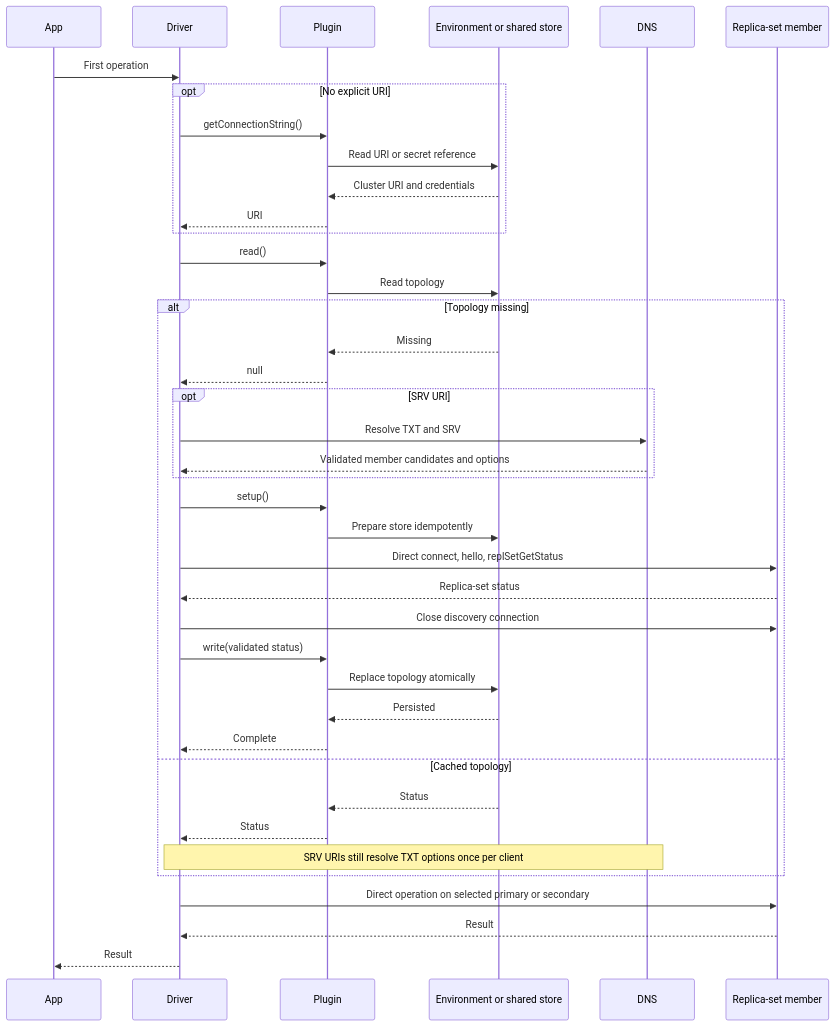
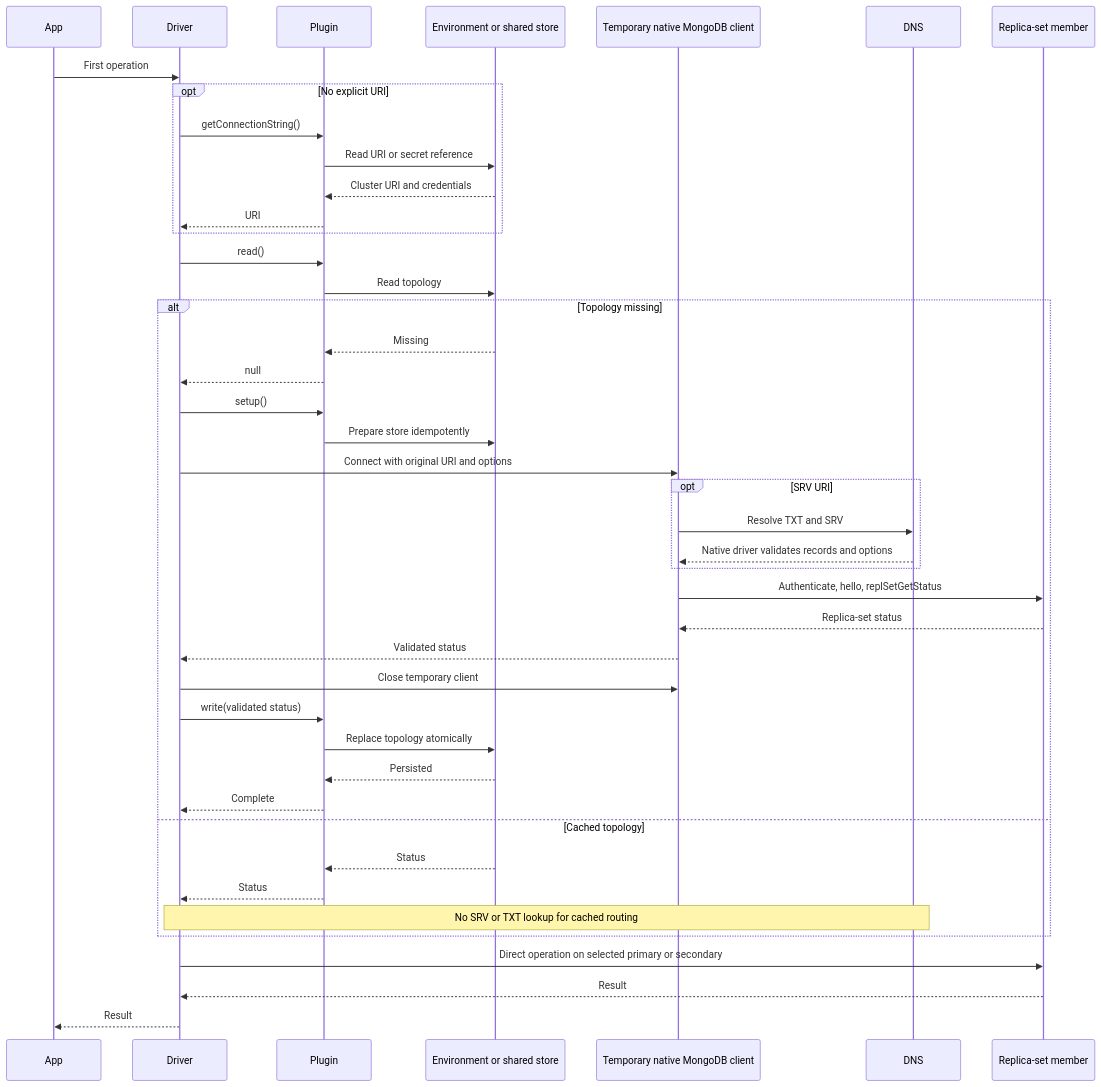
The second of 3 diagrams in docs/architecture.md (alexbevi/mongodb-serverless), drawn with Mermaid before and after one commit. The commit also changed other lines of this file and 9 other files, not shown here.

Commit message:
refactor(driver): delegate initial discovery to native client

````diff
--- a/docs/architecture.md
+++ b/docs/architecture.md
@@ -49,42 +49,45 @@
 ```mermaid
 sequenceDiagram
     participant App
     participant Driver
     participant Plugin
     participant Store as Environment or shared store
+    participant Native as Temporary native MongoDB client
     participant DNS
     participant Member as Replica-set member
     App->>Driver: First operation
     opt No explicit URI
         Driver->>Plugin: getConnectionString()
         Plugin->>Store: Read URI or secret reference
         Store-->>Plugin: Cluster URI and credentials
         Plugin-->>Driver: URI
     end
     Driver->>Plugin: read()
     Plugin->>Store: Read topology
     alt Topology missing
         Store-->>Plugin: Missing
         Plugin-->>Driver: null
-        opt SRV URI
-            Driver->>DNS: Resolve TXT and SRV
-            DNS-->>Driver: Validated member candidates and options
-        end
         Driver->>Plugin: setup()
         Plugin->>Store: Prepare store idempotently
-        Driver->>Member: Direct connect, hello, replSetGetStatus
-        Member-->>Driver: Replica-set status
-        Driver->>Member: Close discovery connection
+        Driver->>Native: Connect with original URI and options
+        opt SRV URI
+            Native->>DNS: Resolve TXT and SRV
+            DNS-->>Native: Native driver validates records and options
+        end
+        Native->>Member: Authenticate, hello, replSetGetStatus
+        Member-->>Native: Replica-set status
+        Native-->>Driver: Validated status
+        Driver->>Native: Close temporary client
         Driver->>Plugin: write(validated status)
         Plugin->>Store: Replace topology atomically
         Store-->>Plugin: Persisted
         Plugin-->>Driver: Complete
     else Cached topology
         Store-->>Plugin: Status
         Plugin-->>Driver: Status
-        Note over Driver,DNS: SRV URIs still resolve TXT options once per client
+        Note over Driver,DNS: No SRV or TXT lookup for cached routing
     end
     Driver->>Member: Direct operation on selected primary or secondary
     Member-->>Driver: Result
     Driver-->>App: Result
 ```
````
